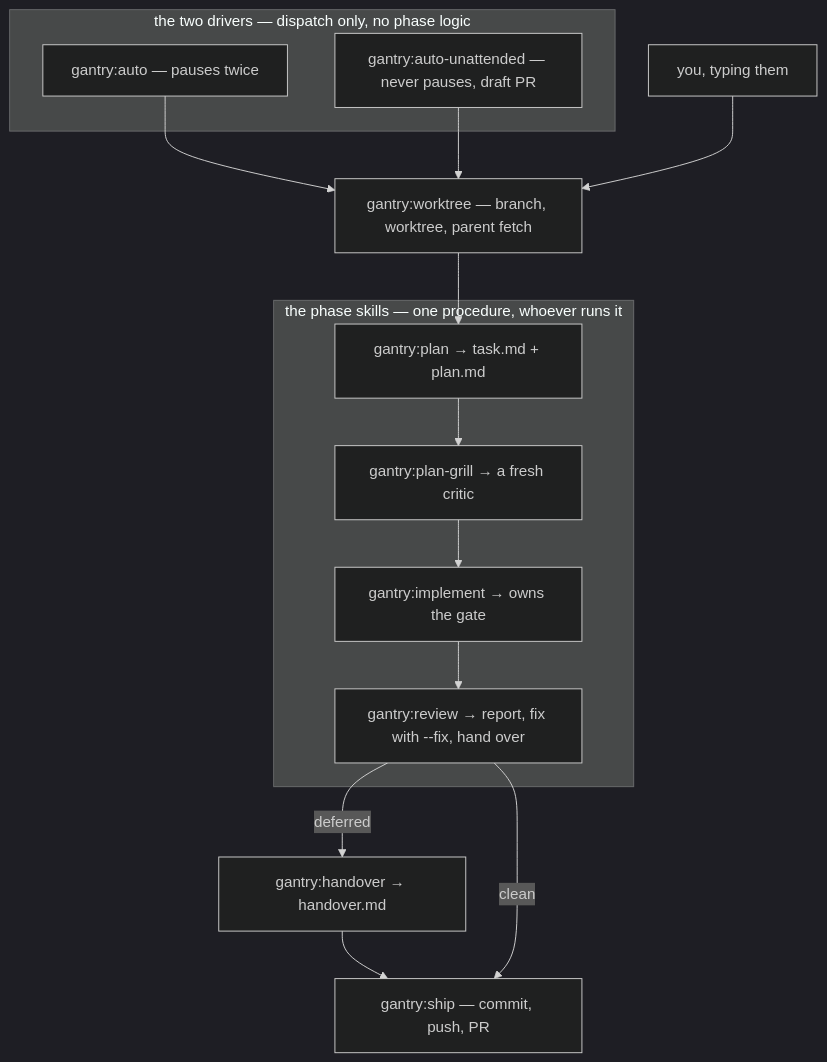
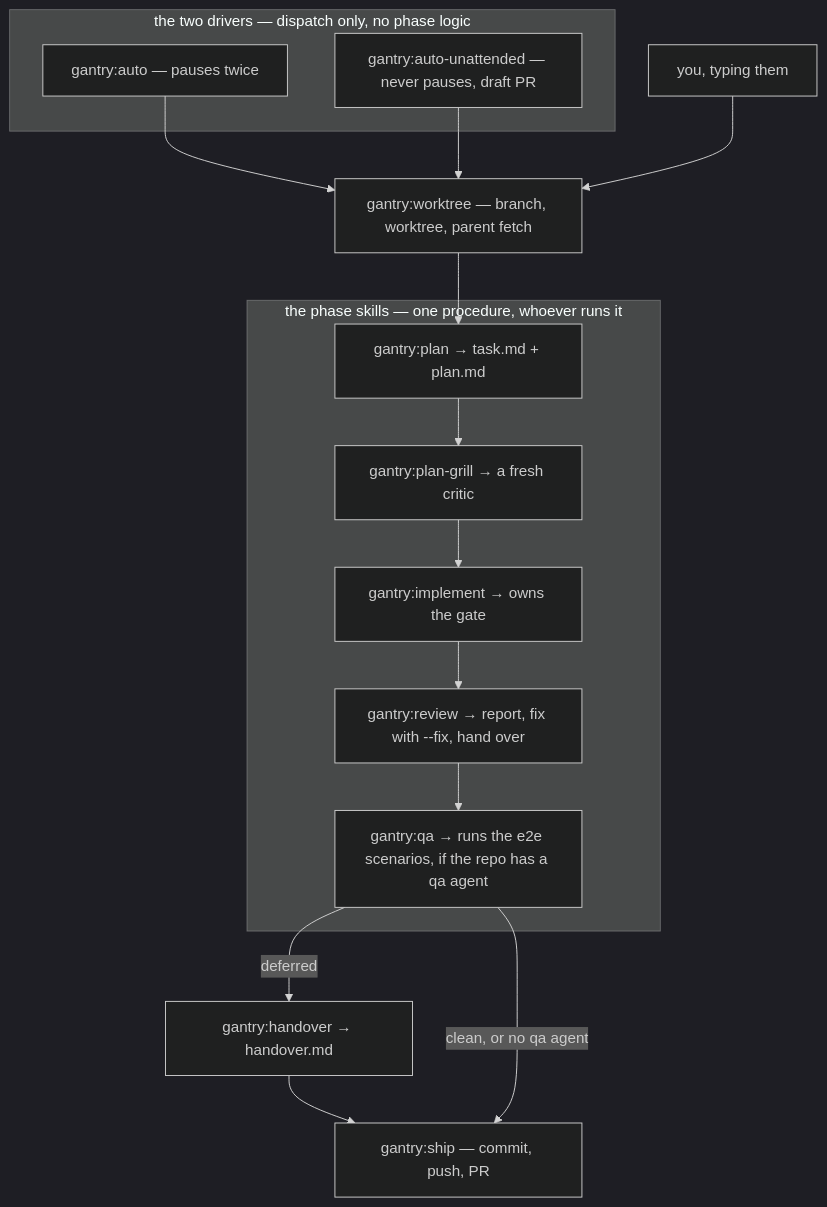
The first of 3 diagrams in docs/ARCHITECTURE.md (kostya-epifanov/claude-gantry), drawn with Mermaid (dark theme) before and after one commit. The commit also changed other lines of this file and 28 other files, not shown here.

````diff
--- a/docs/ARCHITECTURE.md
+++ b/docs/ARCHITECTURE.md
@@ -75,20 +78,21 @@
 ```mermaid
 flowchart TB
   subgraph drivers ["the two drivers — dispatch only, no phase logic"]
     A["gantry:auto — pauses twice"]
     U["gantry:auto-unattended — never pauses, draft PR"]
   end
   subgraph chain ["the phase skills — one procedure, whoever runs it"]
     P["gantry:plan → task.md + plan.md"] --> GR["gantry:plan-grill → a fresh critic"]
     GR --> I["gantry:implement → owns the gate"]
     I --> RV["gantry:review → report, fix with --fix, hand over"]
+    RV --> Q["gantry:qa → runs the e2e scenarios, if the repo has a qa agent"]
   end
   W["gantry:worktree — branch, worktree, parent fetch"] --> P
   H["gantry:handover → handover.md"]
   S["gantry:ship — commit, push, PR"]
   A --> W
   U --> W
   You["you, typing them"] --> W
-  RV -- "deferred" --> H --> S
-  RV -- "clean" --> S
+  Q -- "deferred" --> H --> S
+  Q -- "clean, or no qa agent" --> S
 ```
````
